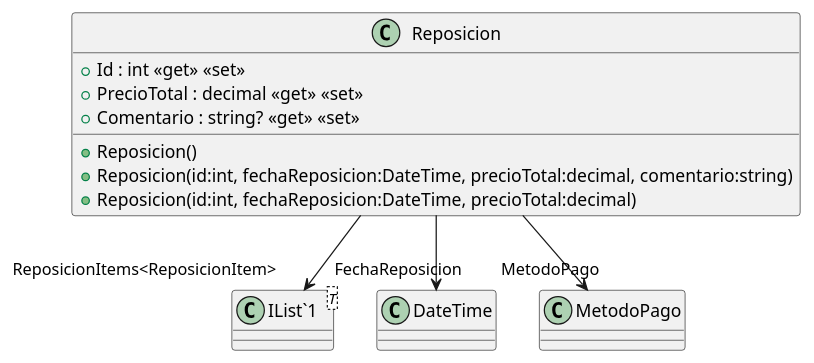
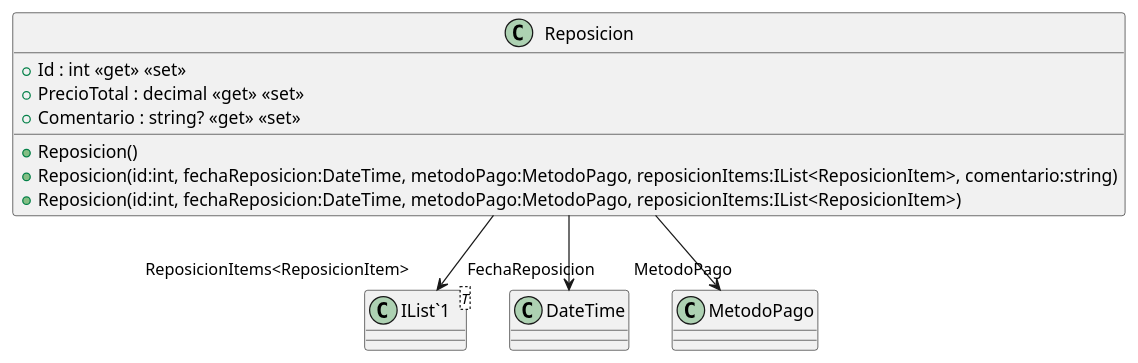
Before and after one commit to ISII2627DDNProject/ISII2627DDNProject: the diagram in src/AppForSEII.API/ClassDiagram/Reposicion.puml, drawn with PlantUML. The commit also changed 3 other files, not shown here.

```diff
--- a/src/AppForSEII.API/ClassDiagram/Reposicion.puml
+++ b/src/AppForSEII.API/ClassDiagram/Reposicion.puml
@@ -1,15 +1,15 @@
 @startuml
 class Reposicion {
     + Reposicion()
-    + Reposicion(id:int, fechaReposicion:DateTime, precioTotal:decimal, comentario:string)
-    + Reposicion(id:int, fechaReposicion:DateTime, precioTotal:decimal)
+    + Reposicion(id:int, fechaReposicion:DateTime, metodoPago:MetodoPago, reposicionItems:IList<ReposicionItem>, comentario:string)
+    + Reposicion(id:int, fechaReposicion:DateTime, metodoPago:MetodoPago, reposicionItems:IList<ReposicionItem>)
     + Id : int <<get>> <<set>>
     + PrecioTotal : decimal <<get>> <<set>>
     + Comentario : string? <<get>> <<set>>
 }
 class "IList`1"<T> {
 }
 Reposicion --> "ReposicionItems<ReposicionItem>" "IList`1"
 Reposicion --> "FechaReposicion" DateTime
 Reposicion --> "MetodoPago" MetodoPago
 @enduml
```
